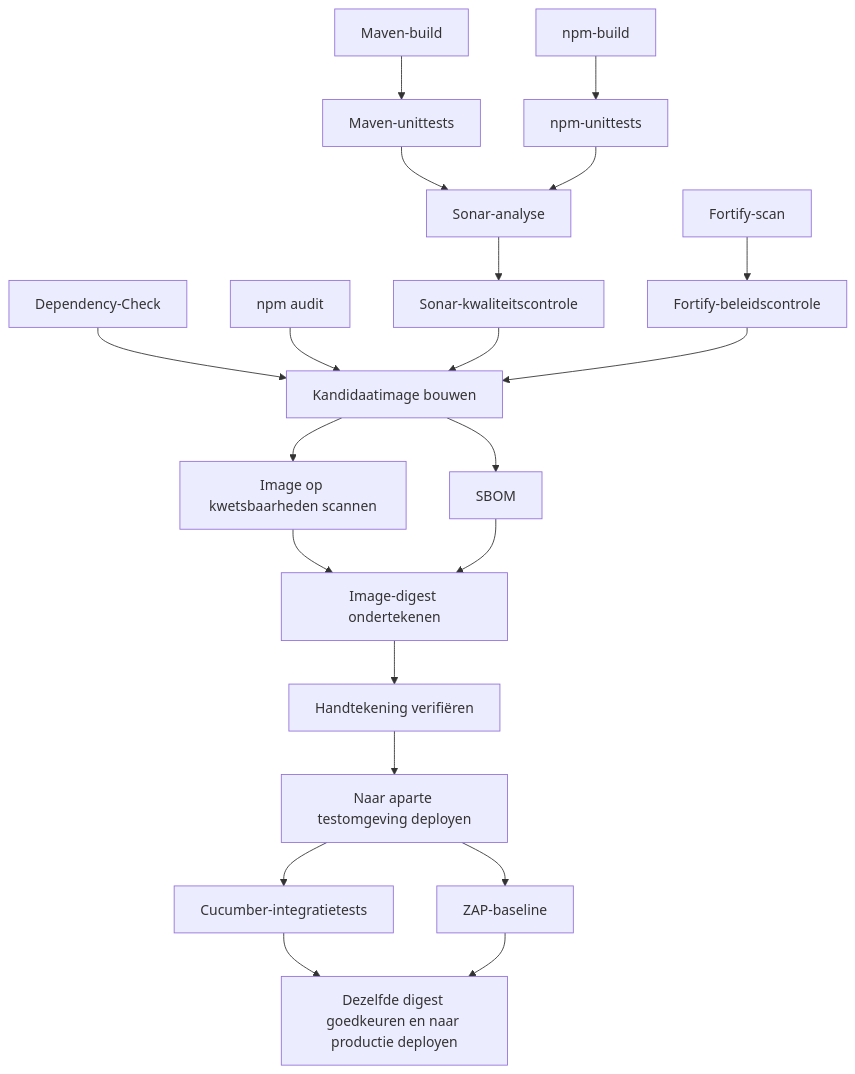
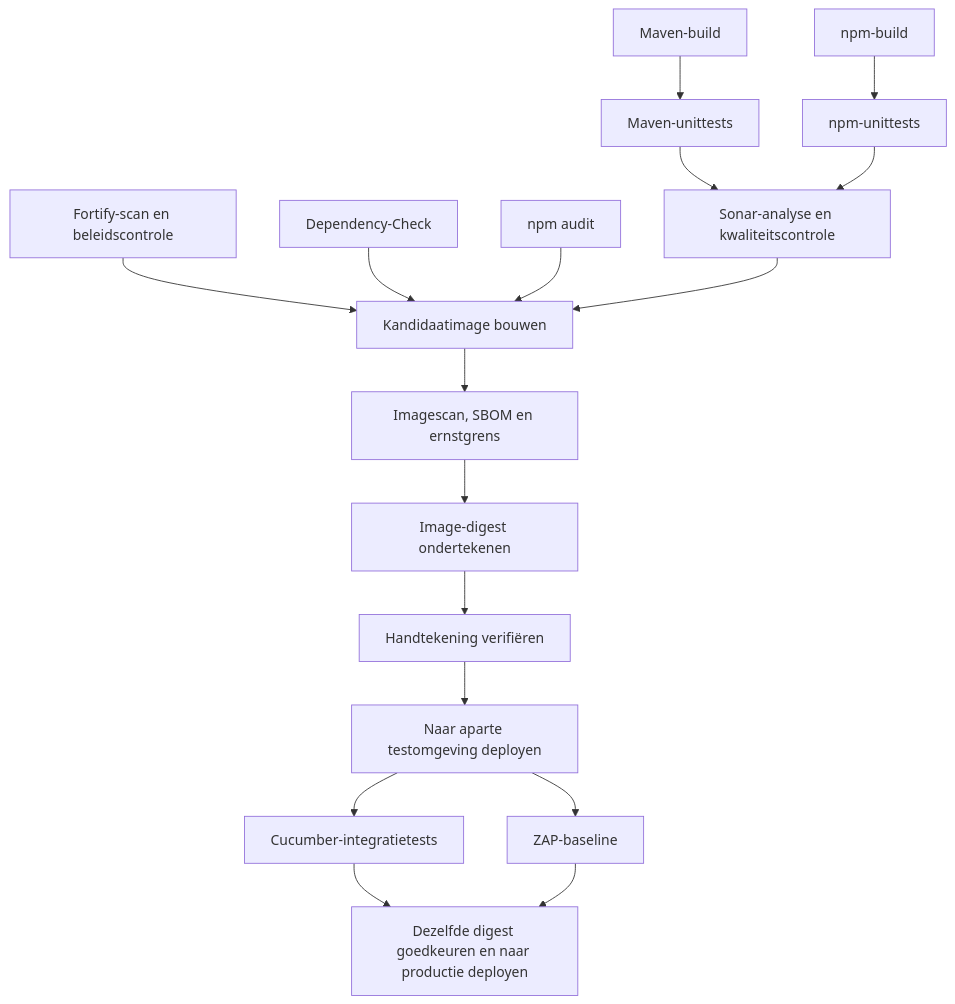
One commit to woozer/ci-components changed the diagram in docs/reference.md. Above: the diagram before and after it, drawn with Mermaid. The commit also changed other lines of this file and 16 other files, not shown here.

````diff
--- a/docs/reference.md
+++ b/docs/reference.md
@@ -96,23 +93,19 @@
 ```mermaid
 flowchart TD
   MB[Maven-build] --> MT[Maven-unittests]
   NB[npm-build] --> NT[npm-unittests]
-  MT --> SS[Sonar-analyse]
+  MT --> SS[Sonar-analyse en kwaliteitscontrole]
   NT --> SS
-  SS --> SG[Sonar-kwaliteitscontrole]
-  FS[Fortify-scan] --> FG[Fortify-beleidscontrole]
+  FS[Fortify-scan en beleidscontrole] --> IB
   DC[Dependency-Check] --> IB[Kandidaatimage bouwen]
   NA[npm audit] --> IB
-  SG --> IB
-  FG --> IB
-  IB --> IS[Image op kwetsbaarheden scannen]
-  IB --> SB[SBOM]
+  SS --> IB
+  IB --> IS[Imagescan, SBOM en ernstgrens]
   IS --> SIGN[Image-digest ondertekenen]
-  SB --> SIGN
   SIGN --> VERIFY[Handtekening verifiëren]
   VERIFY --> DEPLOY[Naar aparte testomgeving deployen]
   DEPLOY --> CUC[Cucumber-integratietests]
   DEPLOY --> ZAP[ZAP-baseline]
   CUC --> PROD[Dezelfde digest goedkeuren en naar productie deployen]
   ZAP --> PROD
 ```
````
